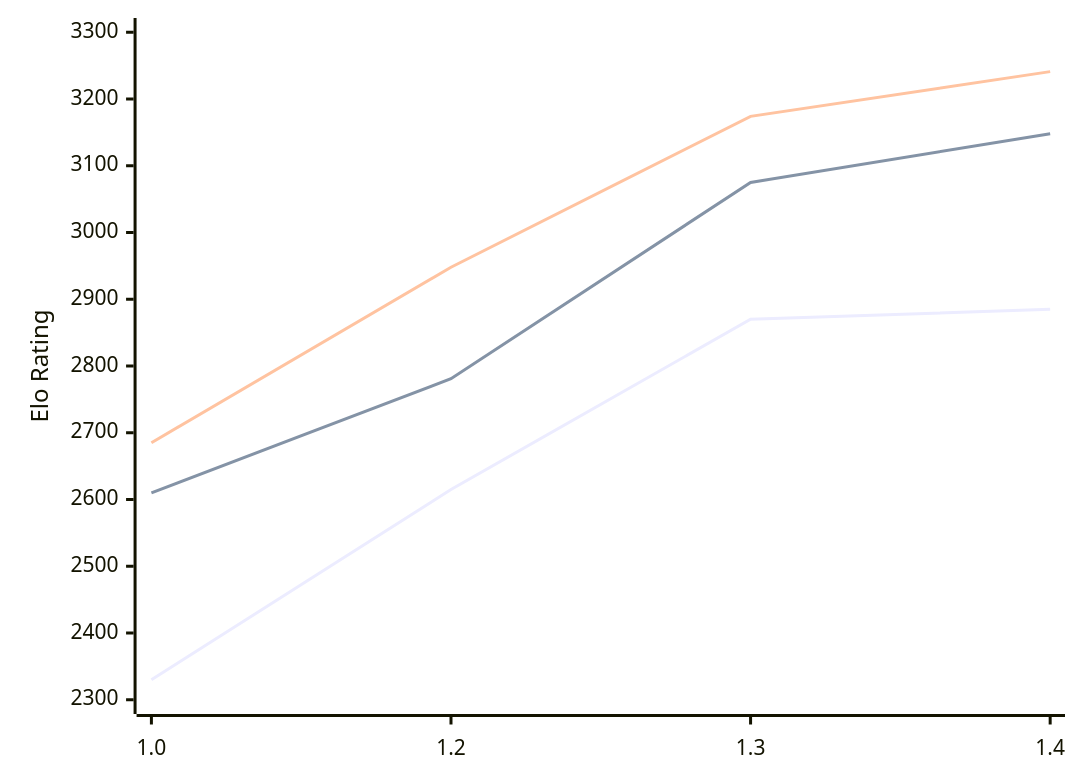
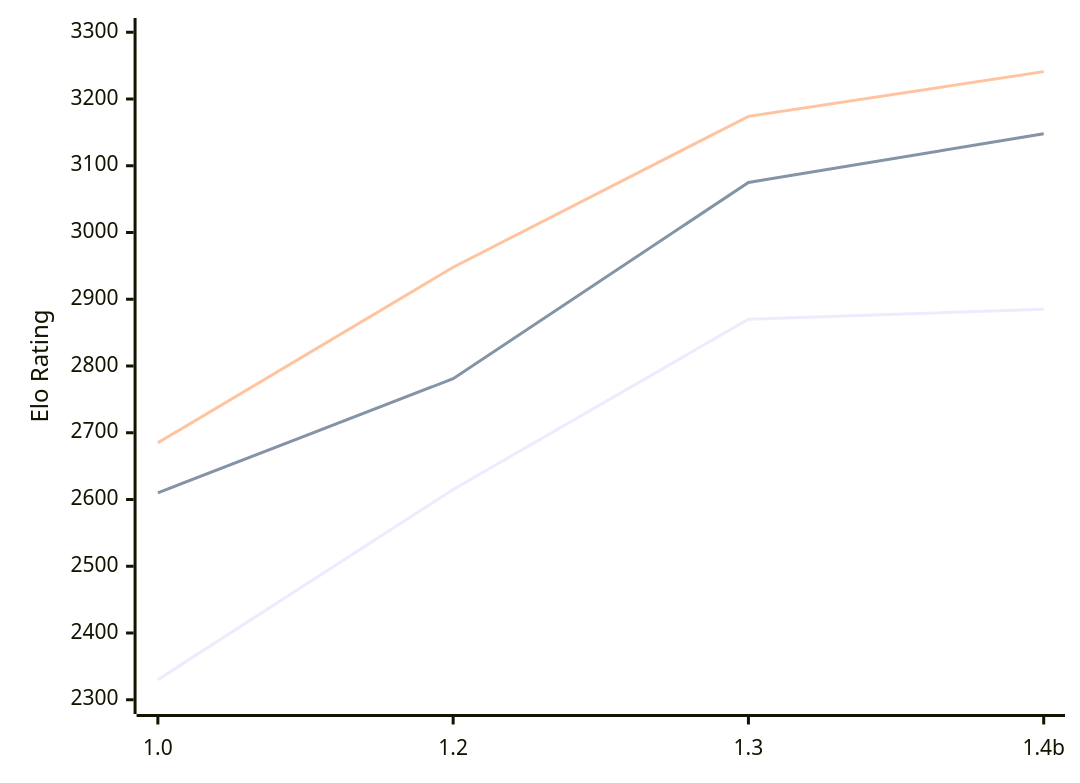
The diagram in engines/Chessnix.md (computer-chess-index/cci), drawn with Mermaid before and after one commit. The commit also changed other lines of this file, not shown here.

````diff
--- a/engines/Chessnix.md
+++ b/engines/Chessnix.md
@@ -50,9 +50,9 @@
 ```mermaid
 %%{init: {"theme":"base","themeVariables":{"seriesColors:['#a3a3a3','#222221','#faa371']}}}%%
 xychart-beta
-  x-axis ["1.0", "1.2", "1.3", "1.4"]
+  x-axis ["1.0", "1.2", "1.3", "1.4b"]
   y-axis "Elo Rating" 2300 --> 3300
   line "T1: STC (8.0+0.08s)" [2330, 2615, 2870, 2885]
   line "T1: LTC (60.0+0.60s)" [2610, 2781, 3075, 3148]
   line "T1: VLTC (2m24s+1.12s)" [2685, 2948, 3174, 3241]
 ```
````
